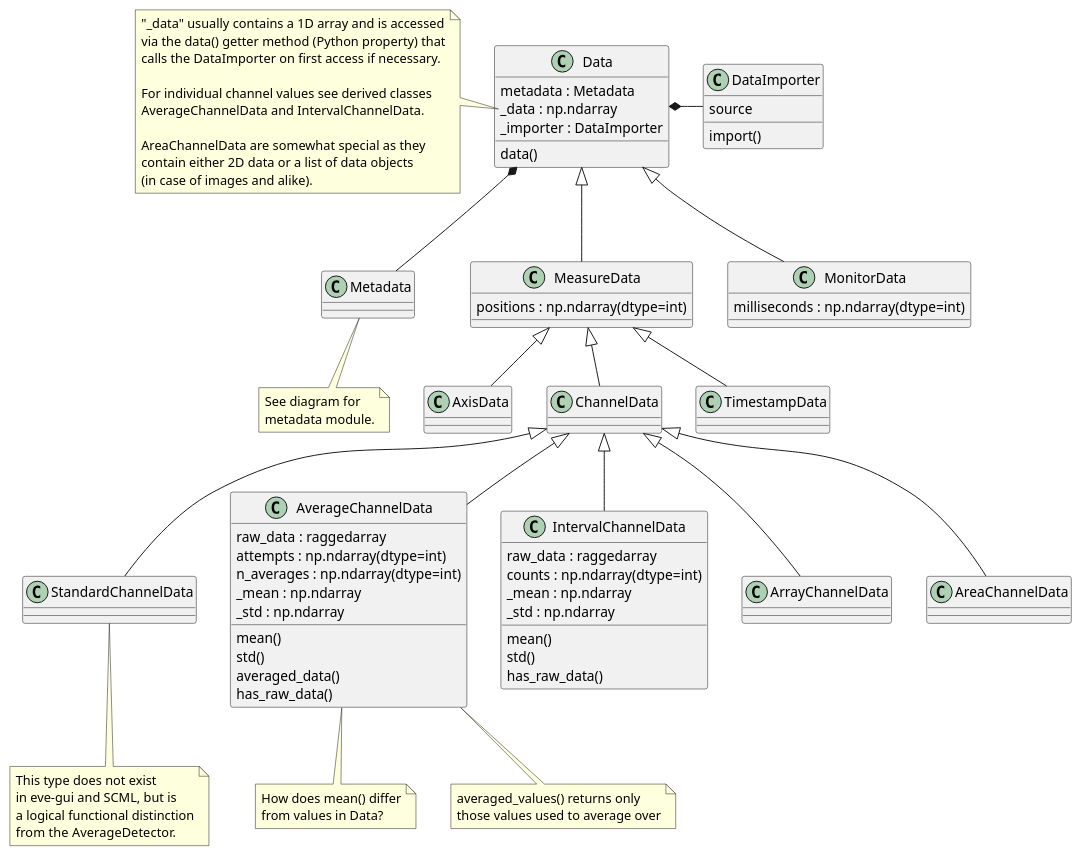
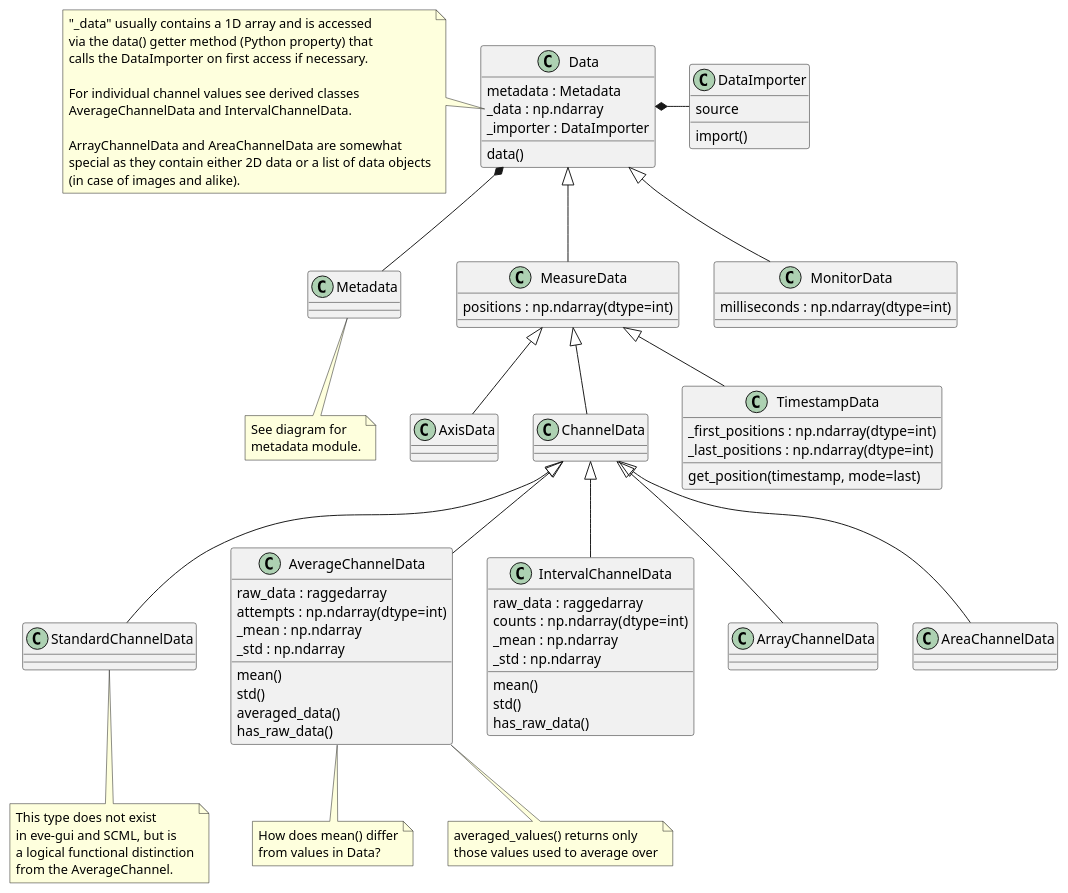
One commit to tillbiskup/evedata changed the diagram in docs/uml/evedata.evefile.data.puml. Above: the diagram before and after it, drawn with PlantUML. The commit also changed 5 other files, not shown here.

```diff
--- a/docs/uml/evedata.evefile.data.puml
+++ b/docs/uml/evedata.evefile.data.puml
@@ -1,91 +1,93 @@
 @startuml
 'skinparam dpi 150
 
 class Data {
     metadata : Metadata
     _data : np.ndarray
     _importer : DataImporter
     data()
 }
 note left of Data::_data
     "_data" usually contains a 1D array and is accessed
     via the data() getter method (Python property) that
     calls the DataImporter on first access if necessary.
 
     For individual channel values see derived classes
     AverageChannelData and IntervalChannelData.
 
-    AreaChannelData are somewhat special as they
-    contain either 2D data or a list of data objects
+    ArrayChannelData and AreaChannelData are somewhat
+    special as they contain either 2D data or a list of data objects
     (in case of images and alike).
 end note
 
 class DataImporter {
     source
     import()
 }
 
 class Metadata {
 }
 note bottom: See diagram for\nmetadata module.
 
 Data *- DataImporter
 Data *-- Metadata
 
 class MeasureData extends Data {
     {field} positions : np.ndarray(dtype=int)
 }
 
 class MonitorData extends Data {
     {field} milliseconds : np.ndarray(dtype=int)
 }
 
 class AxisData extends MeasureData {
 }
 
 class ChannelData extends MeasureData {
 }
 
 class TimestampData extends MeasureData {
+    {field} _first_positions : np.ndarray(dtype=int)
+    {field} _last_positions : np.ndarray(dtype=int)
+    get_position(timestamp, mode=last)
 }
 
 class StandardChannelData extends ChannelData {}
 
 note bottom of StandardChannelData
     This type does not exist
     in eve-gui and SCML, but is
     a logical functional distinction
-    from the AverageDetector.
+    from the AverageChannel.
 endnote
 
 class AverageChannelData extends ChannelData {
     raw_data : raggedarray
     {field} attempts : np.ndarray(dtype=int)
-    {field} n_averages : np.ndarray(dtype=int)
     _mean : np.ndarray
     _std : np.ndarray
     mean()
     std()
     averaged_data()
     has_raw_data()
 }
 note bottom: How does mean() differ\nfrom values in Data?
 note bottom of AverageChannelData: averaged_values() returns only\nthose values used to average over
 
 class IntervalChannelData extends ChannelData {
     raw_data : raggedarray
     {field} counts : np.ndarray(dtype=int)
     _mean : np.ndarray
     _std : np.ndarray
     mean()
     std()
     has_raw_data()
 }
 
 class ArrayChannelData extends ChannelData {
 }
 
 class AreaChannelData extends ChannelData {
 }
 
 @enduml
```
